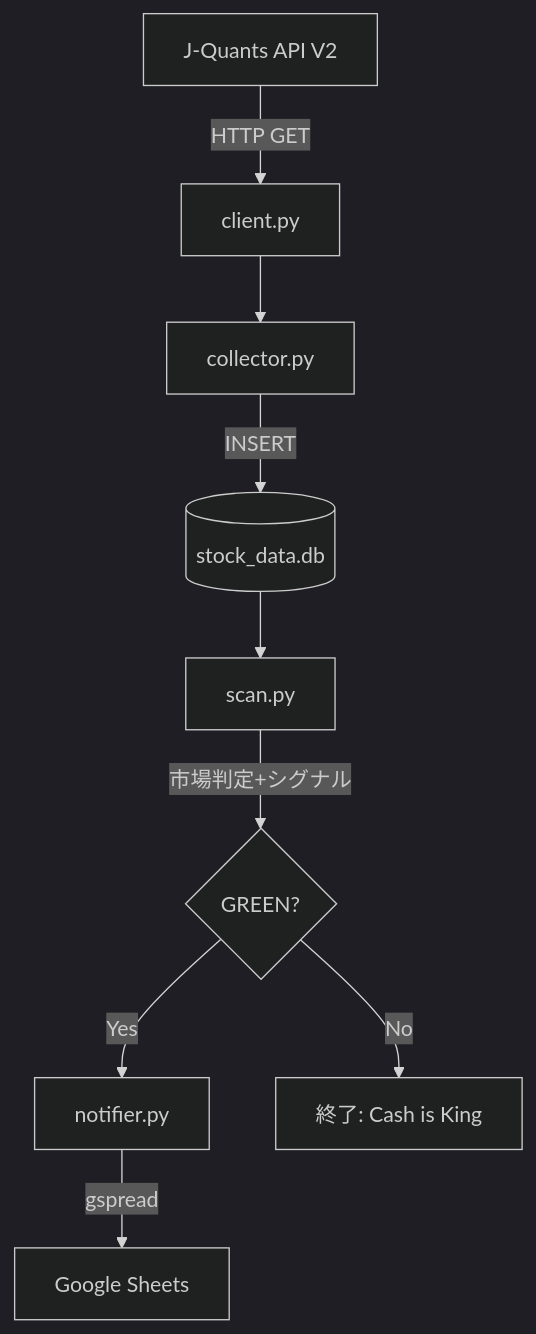
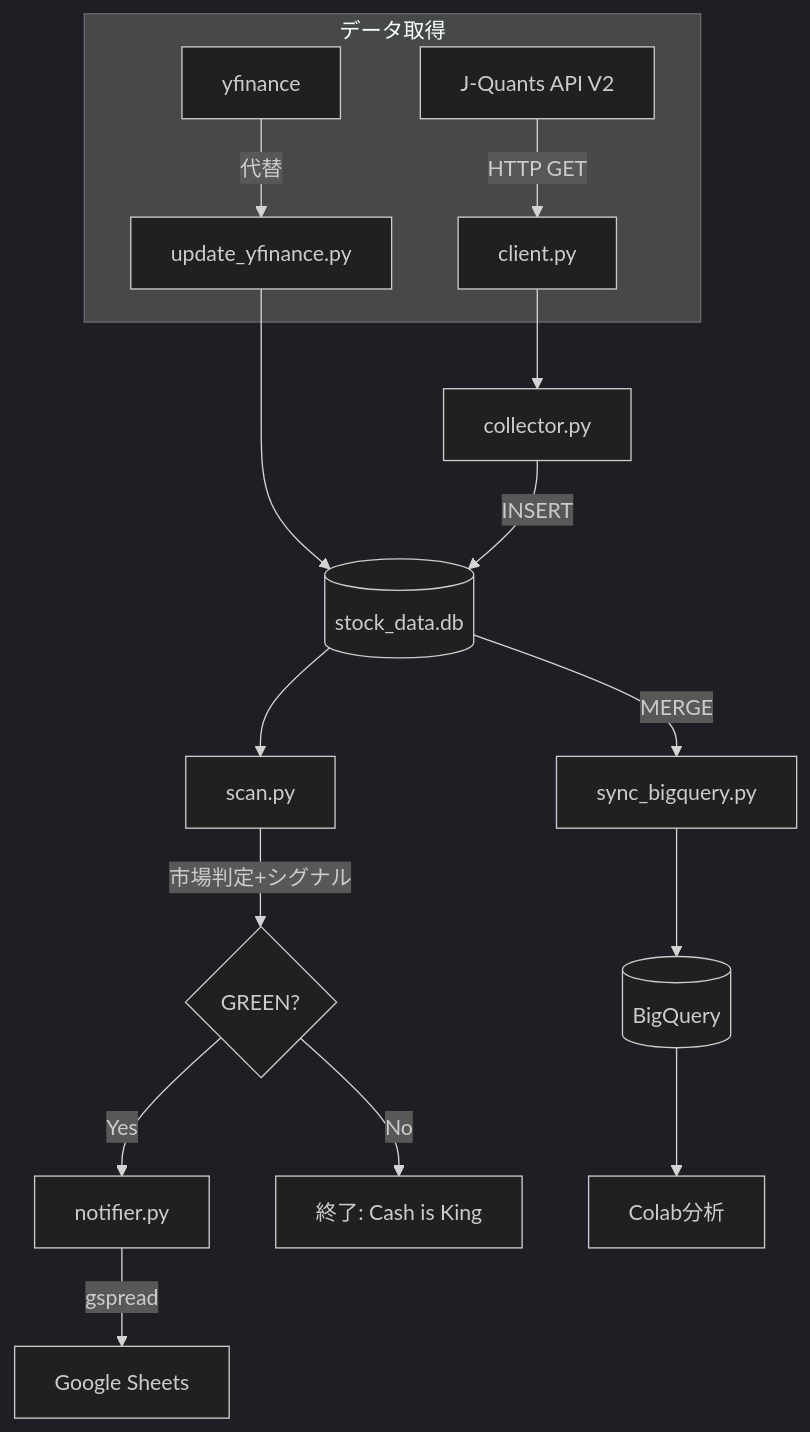
One commit to yke-t/jquants-stock-collector changed the first of 2 diagrams in docs/ARCHITECTURE.md. Above: the diagram before and after it, drawn with Mermaid (dark theme). The commit also changed other lines of this file, not shown here.

Commit message:
Update ARCHITECTURE.md: add yfinance, BigQuery sync, and new data flow

````diff
--- a/docs/ARCHITECTURE.md
+++ b/docs/ARCHITECTURE.md
@@ -38,11 +44,21 @@
 ```mermaid
 graph TD
-    A[J-Quants API V2] -->|HTTP GET| B[client.py]
+    subgraph データ取得
+        A1[J-Quants API V2] -->|HTTP GET| B[client.py]
+        A2[yfinance] -->|代替| B2[update_yfinance.py]
+    end
+    
     B --> C[collector.py]
+    B2 --> D
     C -->|INSERT| D[(stock_data.db)]
+    
     D --> E[scan.py]
     E -->|市場判定+シグナル| F{GREEN?}
     F -->|Yes| G[notifier.py]
     G -->|gspread| H[Google Sheets]
     F -->|No| I[終了: Cash is King]
+    
+    D -->|MERGE| J[sync_bigquery.py]
+    J --> K[(BigQuery)]
+    K --> L[Colab分析]
 ```
````
